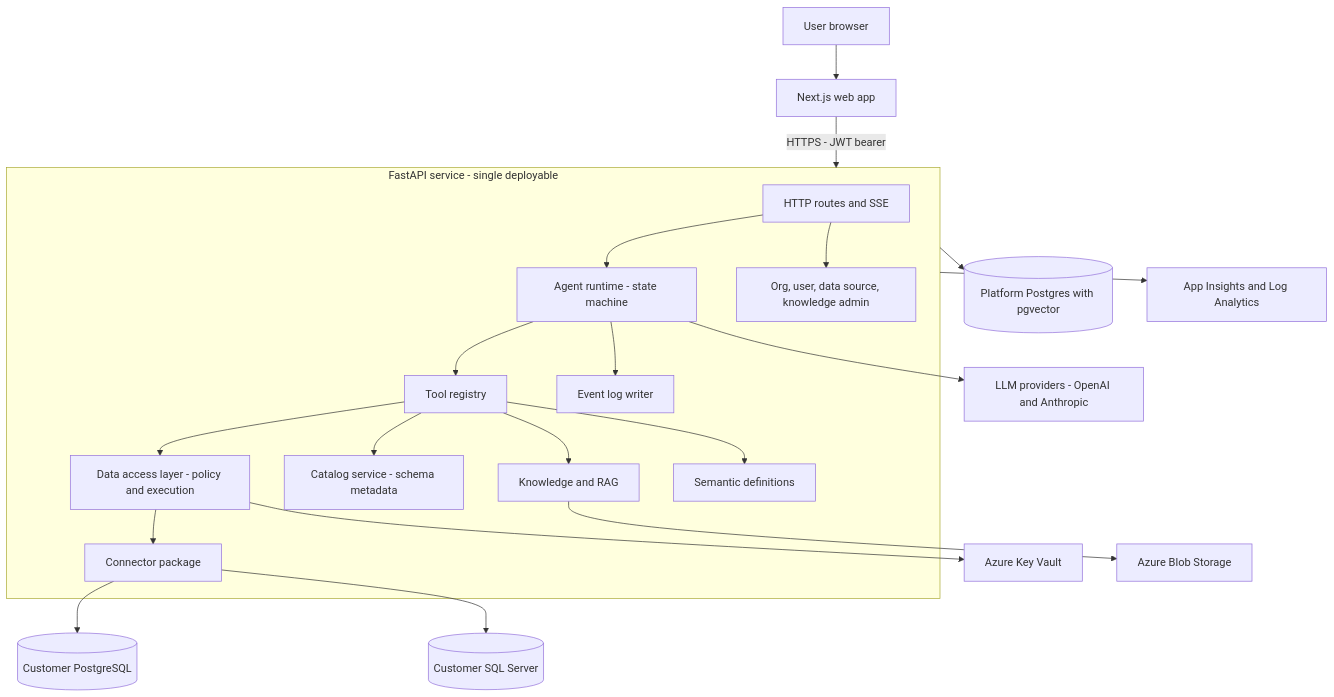
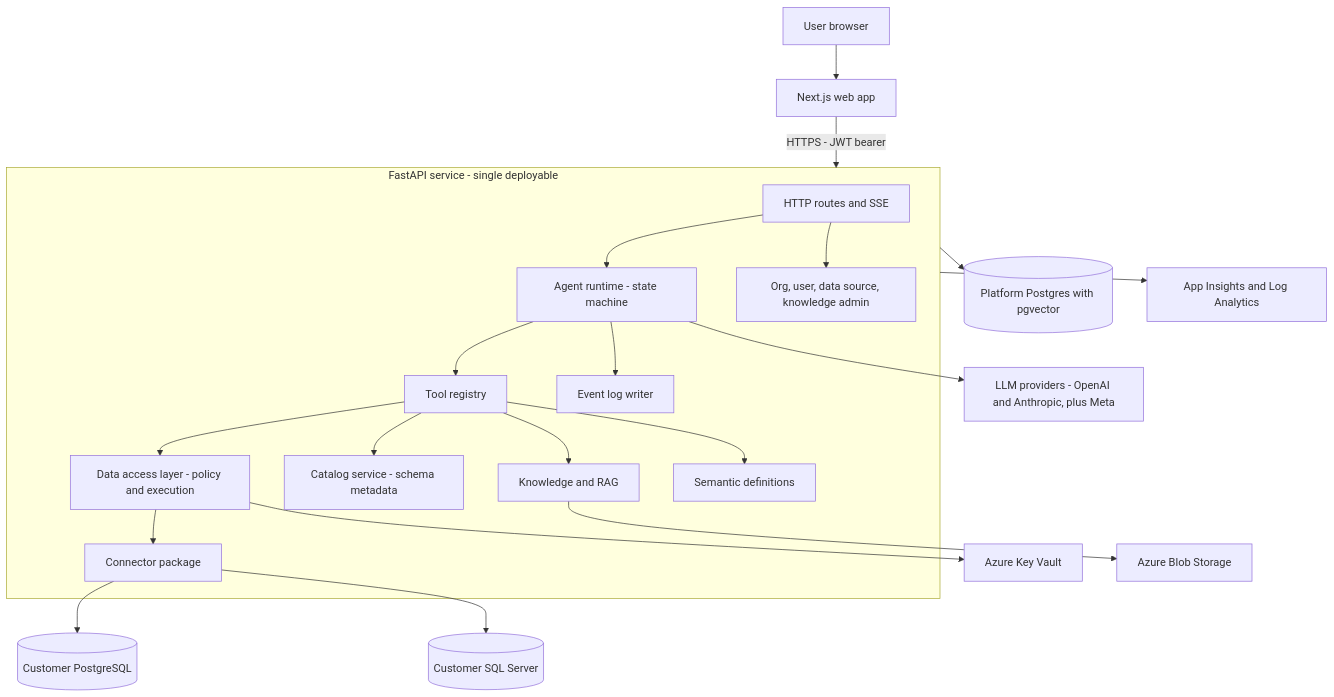
The first of 11 diagrams in docs/architecture.md (50ur48h/DChat), drawn with Mermaid before and after one commit. The commit also changed other lines of this file and 14 other files, not shown here.

````diff
--- a/docs/architecture.md
+++ b/docs/architecture.md
@@ -131,25 +131,25 @@
 ```mermaid
 flowchart TB
     U[User browser] --> W[Next.js web app]
     W -->|HTTPS - JWT bearer| API
 
     subgraph API[FastAPI service - single deployable]
         R[HTTP routes and SSE] --> AG[Agent runtime - state machine]
         AG --> TREG[Tool registry]
         TREG --> DAL[Data access layer - policy and execution]
         TREG --> CAT[Catalog service - schema metadata]
         TREG --> KN[Knowledge and RAG]
         TREG --> SEM[Semantic definitions]
         DAL --> CONN[Connector package]
         R --> ADM[Org, user, data source, knowledge admin]
         AG --> EV[Event log writer]
     end
 
     CONN --> CPG[(Customer PostgreSQL)]
     CONN --> CMS[(Customer SQL Server)]
     API --> PDB[(Platform Postgres with pgvector)]
     DAL --> KV[Azure Key Vault]
     KN --> BLOB[Azure Blob Storage]
-    AG --> LLMP[LLM providers - OpenAI and Anthropic]
+    AG --> LLMP[LLM providers - OpenAI and Anthropic, plus Meta]
     API --> MON[App Insights and Log Analytics]
 ```
````
